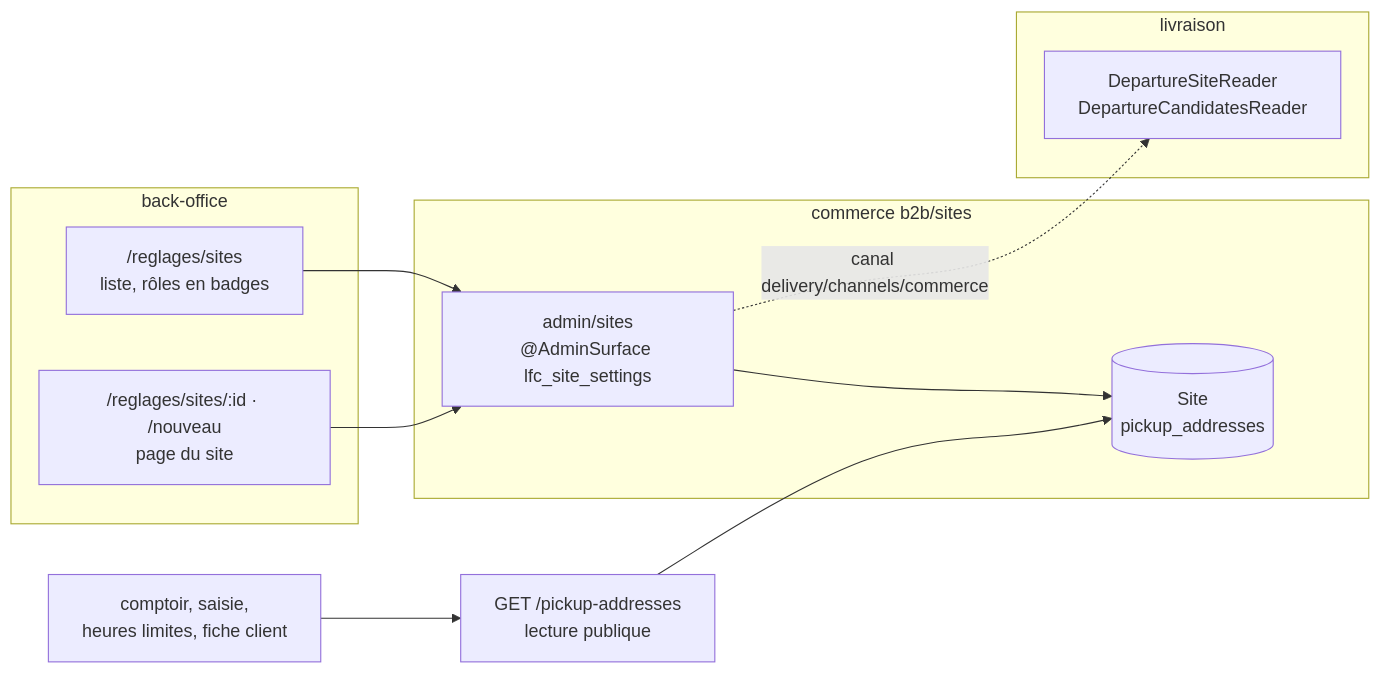
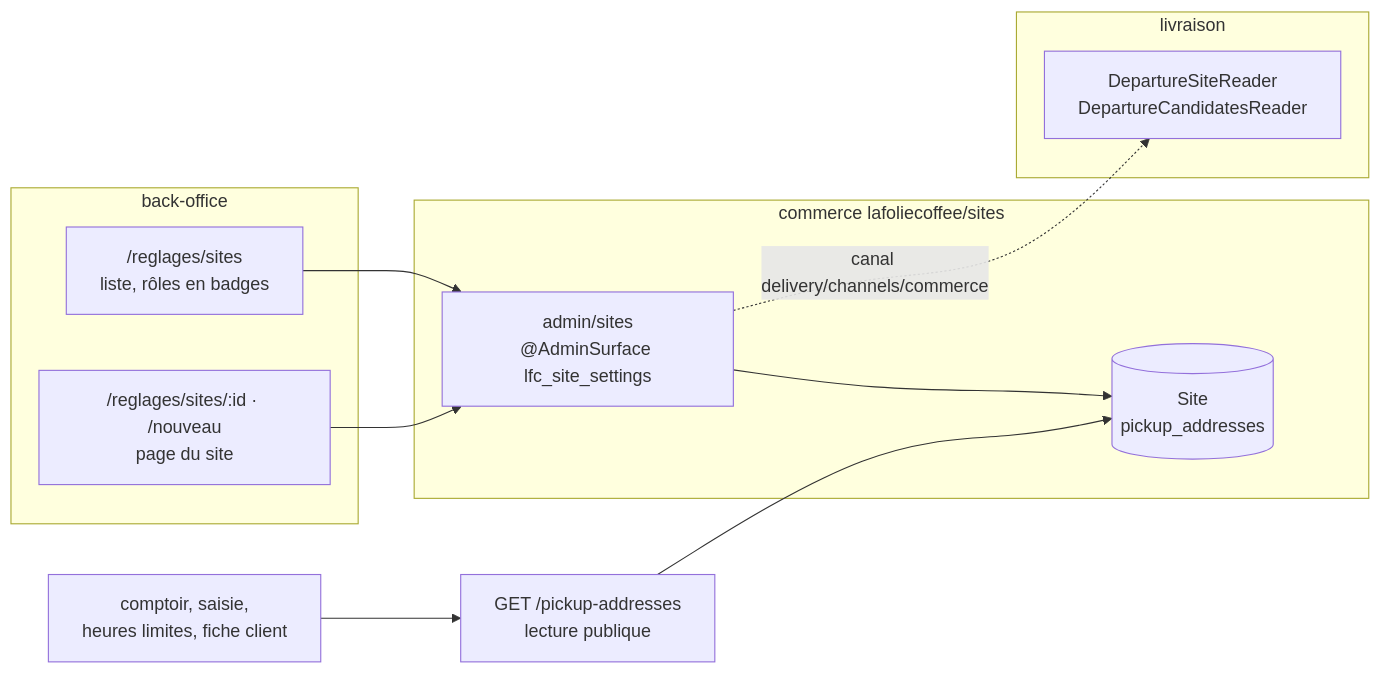
One commit to hugoheynard/lfd changed the first of 2 diagrams in documentation/sites/sites.md. Above: the diagram before and after it, drawn with Mermaid. The commit also changed other lines of this file and 6369 other files, not shown here.

````diff
--- a/documentation/sites/sites.md
+++ b/documentation/sites/sites.md
@@ -269,21 +269,21 @@
 ```mermaid
 flowchart LR
   subgraph front [back-office]
     L["/reglages/sites<br/>liste, rôles en badges"]
     P["/reglages/sites/:id · /nouveau<br/>page du site"]
   end
-  subgraph b2b [commerce b2b/sites]
+  subgraph b2b [commerce lafoliecoffee/sites]
     A["admin/sites<br/>@AdminSurface lfc_site_settings"]
     S[(Site<br/>pickup_addresses)]
   end
   subgraph delivery [livraison]
     D[DepartureSiteReader<br/>DepartureCandidatesReader]
   end
   PUB["GET /pickup-addresses<br/>lecture publique"]
   CPT[comptoir, saisie,<br/>heures limites, fiche client]
   L --> A
   P --> A
   A --> S
   A -. canal delivery/channels/commerce .-> D
   CPT --> PUB --> S
 ```
````
